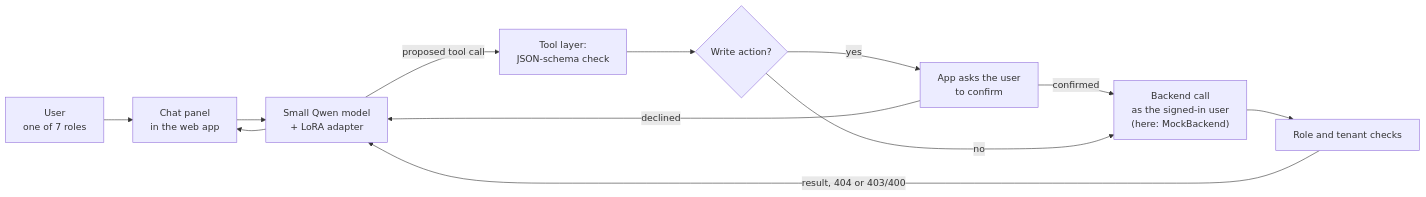
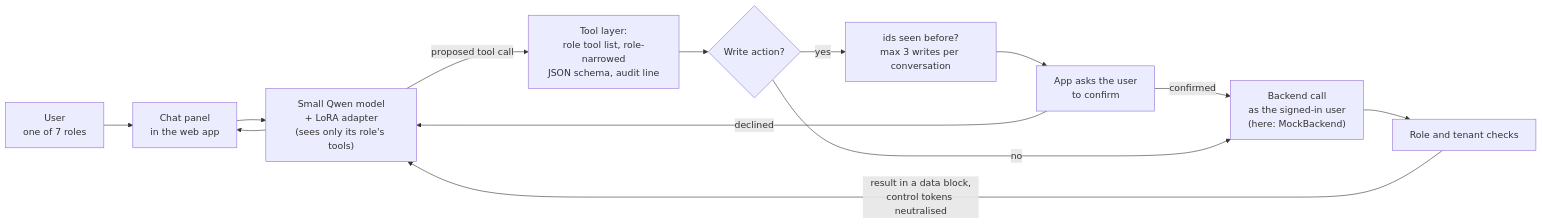
One commit to yildirimgoktug/cleanops-assistant changed the diagram in README.md. Above: the diagram before and after it, drawn with Mermaid. The commit also changed other lines of this file and 7 other files, not shown here.

````diff
--- a/README.md
+++ b/README.md
@@ -9,14 +11,15 @@
 ```mermaid
 flowchart LR
     U["User<br/>one of 7 roles"] --> C["Chat panel<br/>in the web app"]
-    C --> M["Small Qwen model<br/>+ LoRA adapter"]
-    M -- "proposed tool call" --> V["Tool layer:<br/>JSON-schema check"]
+    C --> M["Small Qwen model<br/>+ LoRA adapter<br/>(sees only its role's tools)"]
+    M -- "proposed tool call" --> V["Tool layer:<br/>role tool list, role-narrowed<br/>JSON schema, audit line"]
     V --> G{"Write action?"}
-    G -- "yes" --> K["App asks the user<br/>to confirm"]
+    G -- "yes" --> I["ids seen before?<br/>max 3 writes per conversation"]
+    I --> K["App asks the user<br/>to confirm"]
     K -- "confirmed" --> T
     K -- "declined" --> M
     G -- "no" --> T["Backend call<br/>as the signed-in user<br/>(here: MockBackend)"]
     T --> B["Role and tenant checks"]
-    B -- "result, 404 or 403/400" --> M
+    B -- "result in a data block,<br/>control tokens neutralised" --> M
     M --> C
 ```
````
